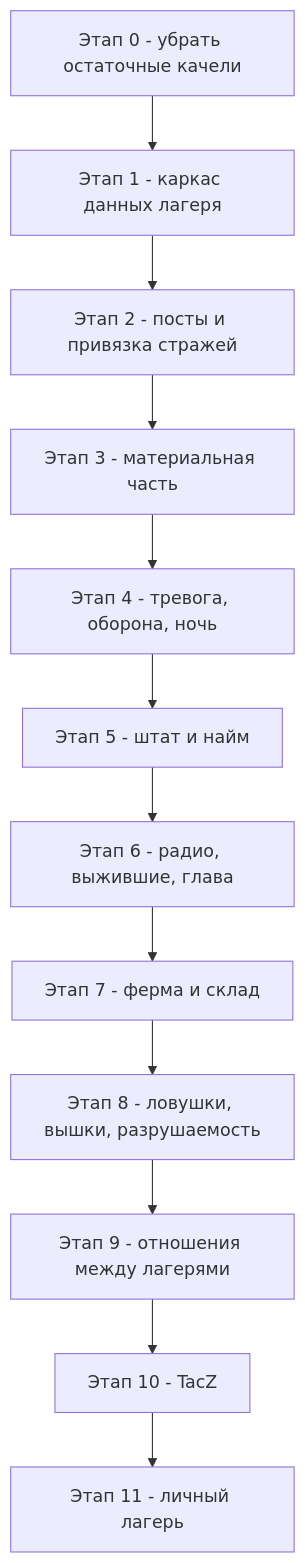
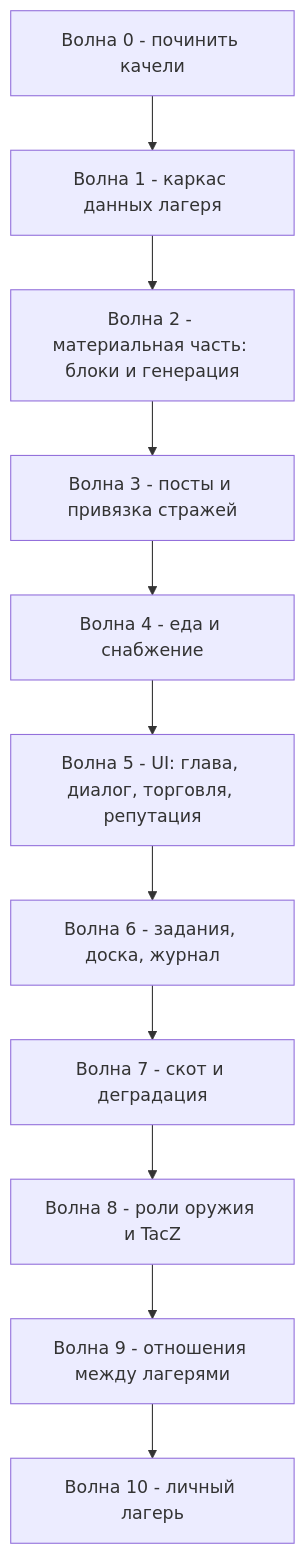
One commit to phian404/SurvivalPoints changed the diagram in .roo/plans/Architecture/PROJECT_VISION.md. Above: the diagram before and after it, drawn with Mermaid. The commit also changed other lines of this file and 18 other files, not shown here.

````diff
--- a/.roo/plans/Architecture/PROJECT_VISION.md
+++ b/.roo/plans/Architecture/PROJECT_VISION.md
@@ -127,14 +140,13 @@
 ```mermaid
 graph TD
-  A[Этап 0 - убрать остаточные качели] --> B[Этап 1 - каркас данных лагеря]
-  B --> C[Этап 2 - посты и привязка стражей]
-  C --> D[Этап 3 - материальная часть]
-  D --> E[Этап 4 - тревога, оборона, ночь]
-  E --> F[Этап 5 - штат и найм]
-  F --> G[Этап 6 - радио, выжившие, глава]
-  G --> H[Этап 7 - ферма и склад]
-  H --> I[Этап 8 - ловушки, вышки, разрушаемость]
-  I --> J[Этап 9 - отношения между лагерями]
-  J --> K[Этап 10 - TacZ]
-  K --> L[Этап 11 - личный лагерь]
+  A[Волна 0 - починить качели] --> B[Волна 1 - каркас данных лагеря]
+  B --> C[Волна 2 - материальная часть: блоки и генерация]
+  C --> D[Волна 3 - посты и привязка стражей]
+  D --> E[Волна 4 - еда и снабжение]
+  E --> F[Волна 5 - UI: глава, диалог, торговля, репутация]
+  F --> G[Волна 6 - задания, доска, журнал]
+  G --> H[Волна 7 - скот и деградация]
+  H --> I[Волна 8 - роли оружия и TacZ]
+  I --> J[Волна 9 - отношения между лагерями]
+  J --> K[Волна 10 - личный лагерь]
 ```
````
